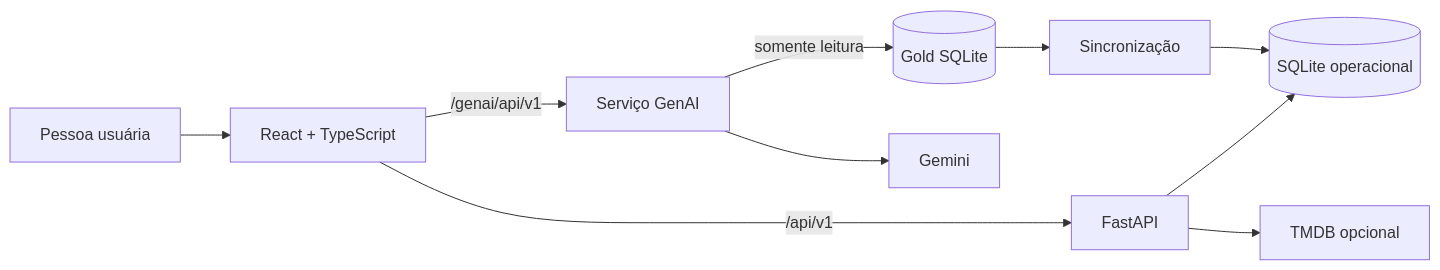
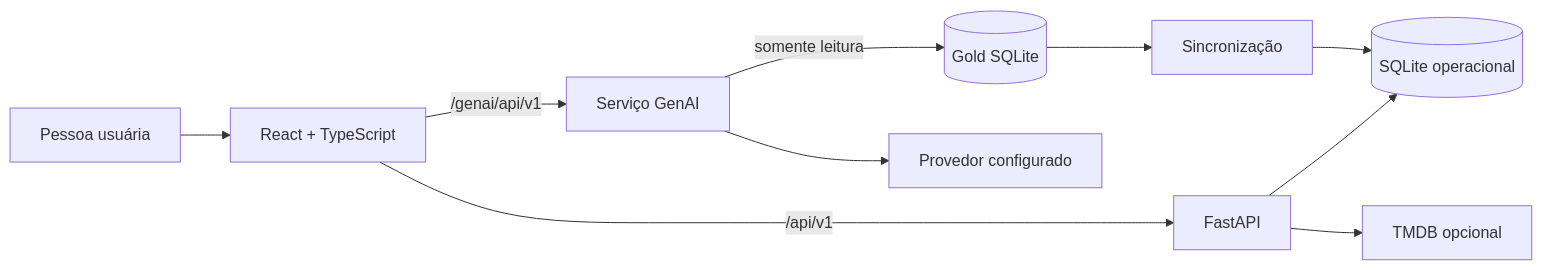
One commit to GuilhermeRangel1/CineData-GenAi changed the second of 2 diagrams in README.md. Above: the diagram before and after it, drawn with Mermaid. The commit also changed other lines of this file and 7 other files, not shown here.

````diff
--- a/README.md
+++ b/README.md
@@ -102,12 +102,12 @@
 ```mermaid
 flowchart LR
     U[Pessoa usuária] --> FE[React + TypeScript]
     FE -->|/api/v1| API[FastAPI]
     FE -->|/genai/api/v1| G[Serviço GenAI]
     API --> OP[(SQLite operacional)]
     API --> TMDB[TMDB opcional]
     G -->|somente leitura| GOLD[(Gold SQLite)]
-    G --> GEMINI[Gemini]
+    G --> GEMINI[Provedor configurado]
     GOLD --> SYNC[Sincronização]
     SYNC --> OP
 ```
````
